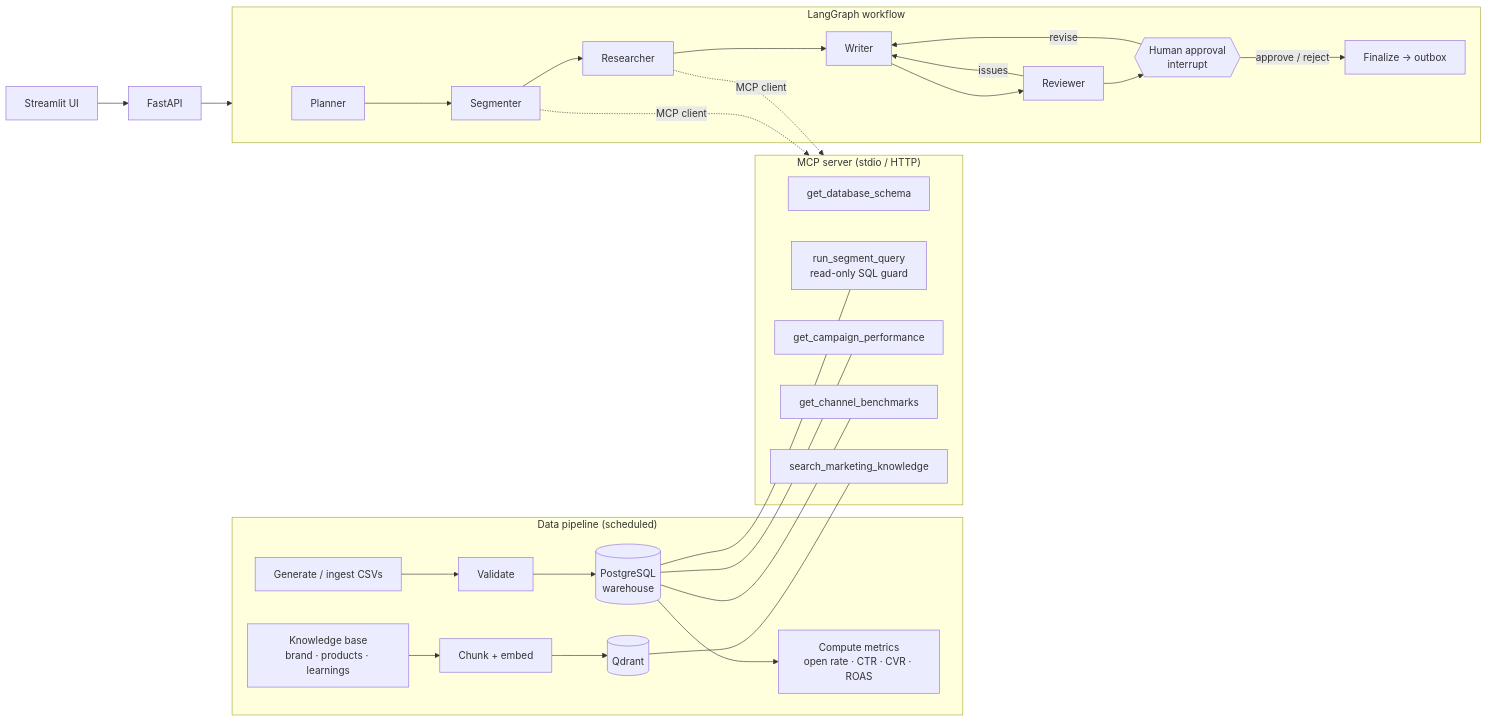
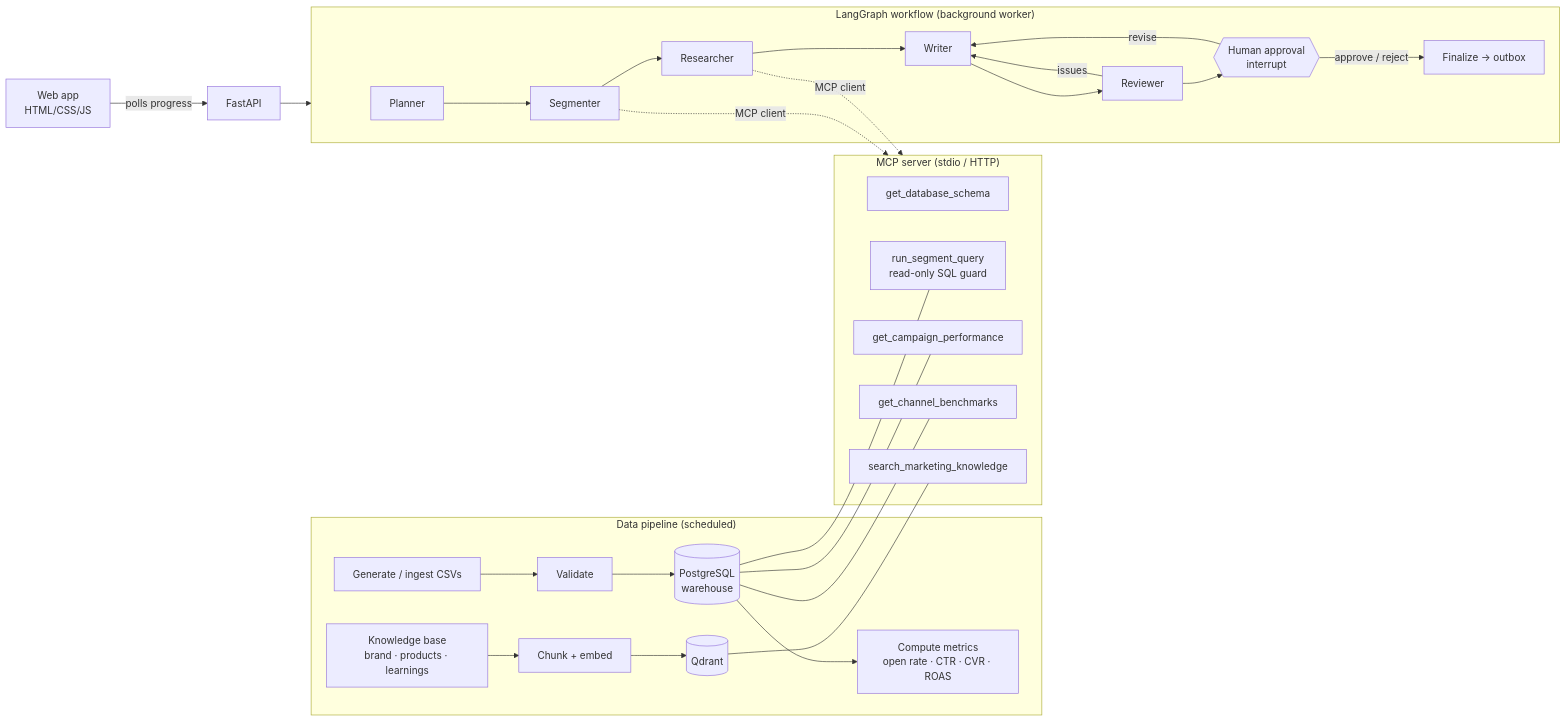
One commit to adeebmansoor/CampaignPilot changed the diagram in README.md. Above: the diagram before and after it, drawn with Mermaid. The commit also changed other lines of this file and 25 other files, not shown here.

First line of the commit message:
Add live web app, one-click start scripts and free Hugging Face deployment

````diff
--- a/README.md
+++ b/README.md
@@ -27,29 +31,29 @@
 ```mermaid
 flowchart LR
     subgraph Pipeline["Data pipeline (scheduled)"]
         G[Generate / ingest CSVs] --> V[Validate] --> L[(PostgreSQL<br/>warehouse)]
         L --> M[Compute metrics<br/>open rate · CTR · CVR · ROAS]
         K[Knowledge base<br/>brand · products · learnings] --> E[Chunk + embed] --> Q[(Qdrant)]
     end
 
     subgraph MCP["MCP server (stdio / HTTP)"]
         T1[get_database_schema]
         T2[run_segment_query<br/>read-only SQL guard]
         T3[get_campaign_performance]
         T4[get_channel_benchmarks]
         T5[search_marketing_knowledge]
     end
     L --- T2 & T3 & T4
     Q --- T5
 
-    subgraph Agents["LangGraph workflow"]
+    subgraph Agents["LangGraph workflow (background worker)"]
         P[Planner] --> S[Segmenter] --> R[Researcher] --> W[Writer] --> RV[Reviewer]
         RV -- issues --> W
         RV --> H{{Human approval<br/>interrupt}}
         H -- revise --> W
         H -- approve / reject --> F[Finalize → outbox]
     end
     S & R -. MCP client .-> MCP
 
-    UI[Streamlit UI] --> API[FastAPI] --> Agents
+    UI[Web app<br/>HTML/CSS/JS] -- polls progress --> API[FastAPI] --> Agents
 ```
````
